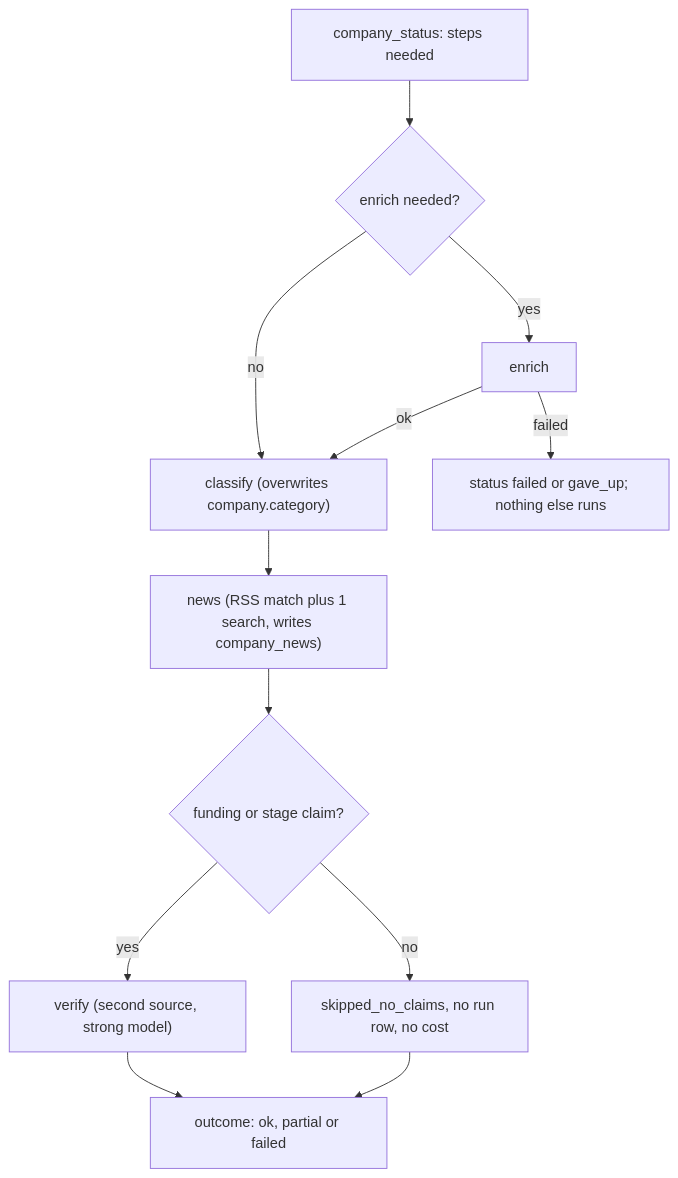
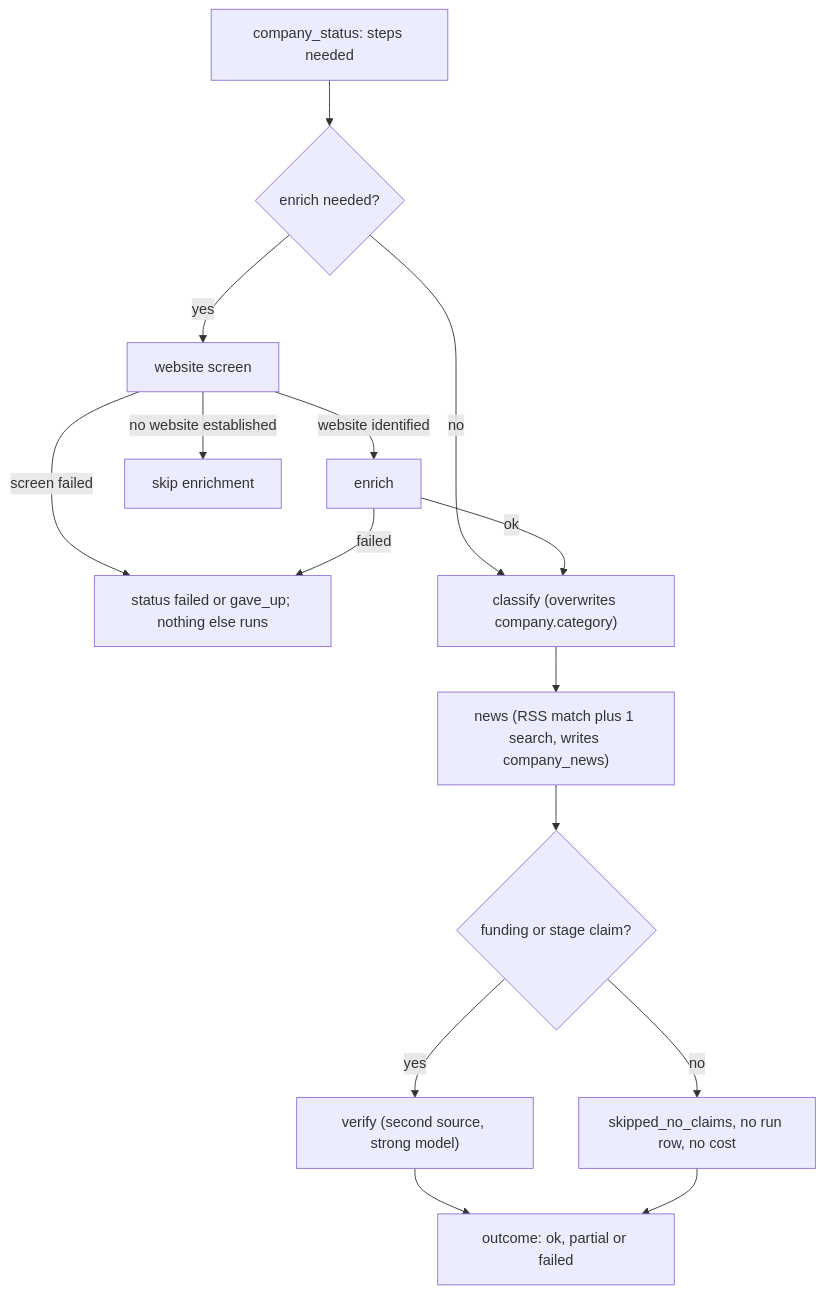
The second of 2 diagrams in docs/architecture/phases/phase-6-multi-agent.md (Farzaanee/sprout), drawn with Mermaid before and after one commit. The commit also changed other lines of this file and 15 other files, not shown here.

Commit message:
Add a pre-screening to enrichment pipeline to enrich only companies that has a website

````diff
--- a/docs/architecture/phases/phase-6-multi-agent.md
+++ b/docs/architecture/phases/phase-6-multi-agent.md
@@ -55,14 +55,17 @@
 ```mermaid
 flowchart TB
     S["company_status: steps needed"] --> E{"enrich needed?"}
-    E -- yes --> RE["enrich"]
+    E -- yes --> WS["website screen"]
+    WS -- "website identified" --> RE["enrich"]
+    WS -- "no website established" --> SKIP["skip enrichment"]
+    WS -- "screen failed" --> F
     E -- no --> C
     RE -- "failed" --> F["status failed or gave_up; nothing else runs"]
     RE -- "ok" --> C["classify (overwrites company.category)"]
     C --> N["news (RSS match plus 1 search, writes company_news)"]
     N --> V{"funding or stage claim?"}
     V -- yes --> RV["verify (second source, strong model)"]
     V -- no --> D["skipped_no_claims, no run row, no cost"]
     RV --> O["outcome: ok, partial or failed"]
     D --> O
 ```
````
